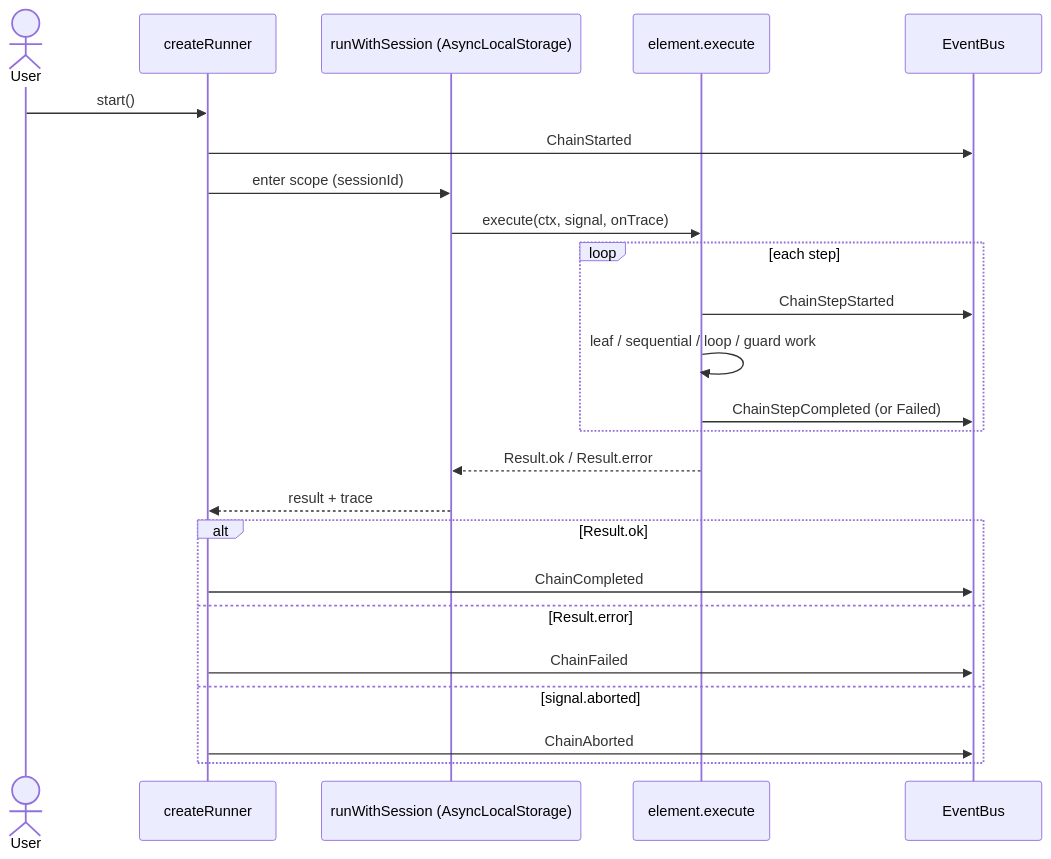
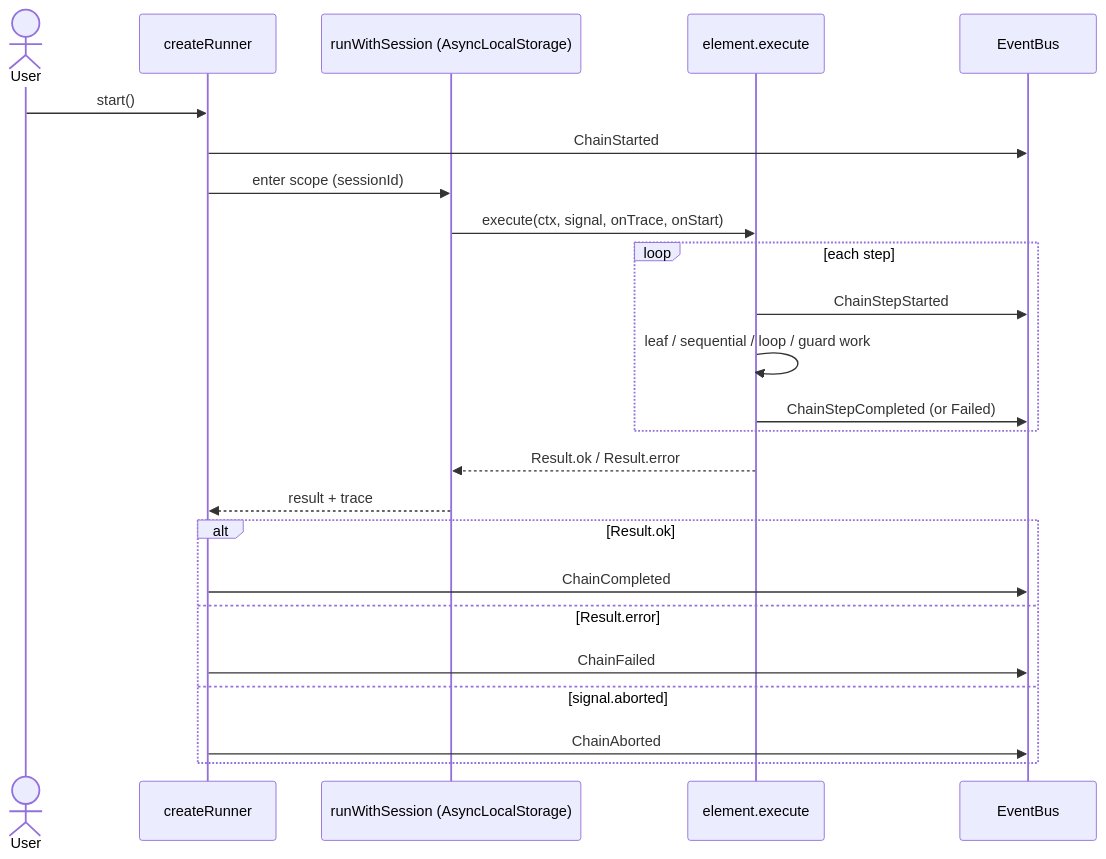
One commit to lukas-grigis/ralphctl changed the diagram in .claude/docs/diagrams/00-chain-framework.md. Above: the diagram before and after it, drawn with Mermaid. The commit also changed 6 other files, not shown here.

First line of the commit message:
docs: flow-step display, element display metadata, onStart and iterations contracts

````diff
--- a/.claude/docs/diagrams/00-chain-framework.md
+++ b/.claude/docs/diagrams/00-chain-framework.md
@@ -19,29 +19,29 @@
 ```mermaid
 sequenceDiagram
     actor User
     participant Runner as createRunner
     participant Session as runWithSession (AsyncLocalStorage)
     participant Element as element.execute
     participant Bus as EventBus
 
     User->>Runner: start()
     Runner->>Bus: ChainStarted
     Runner->>Session: enter scope (sessionId)
-    Session->>Element: execute(ctx, signal, onTrace)
+    Session->>Element: execute(ctx, signal, onTrace, onStart)
 
     loop each step
         Element->>Bus: ChainStepStarted
         Element->>Element: leaf / sequential / loop / guard work
         Element->>Bus: ChainStepCompleted (or Failed)
     end
 
     Element-->>Session: Result.ok / Result.error
     Session-->>Runner: result + trace
     alt Result.ok
         Runner->>Bus: ChainCompleted
     else Result.error
         Runner->>Bus: ChainFailed
     else signal.aborted
         Runner->>Bus: ChainAborted
     end
 ```
````
